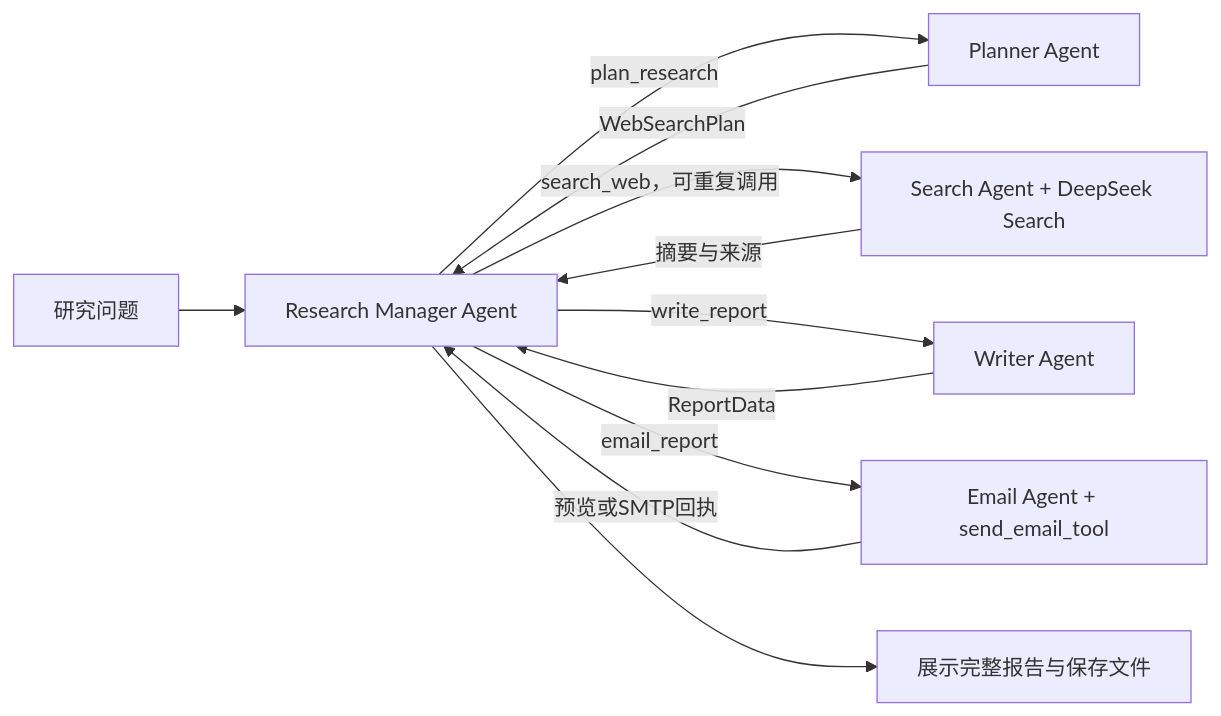
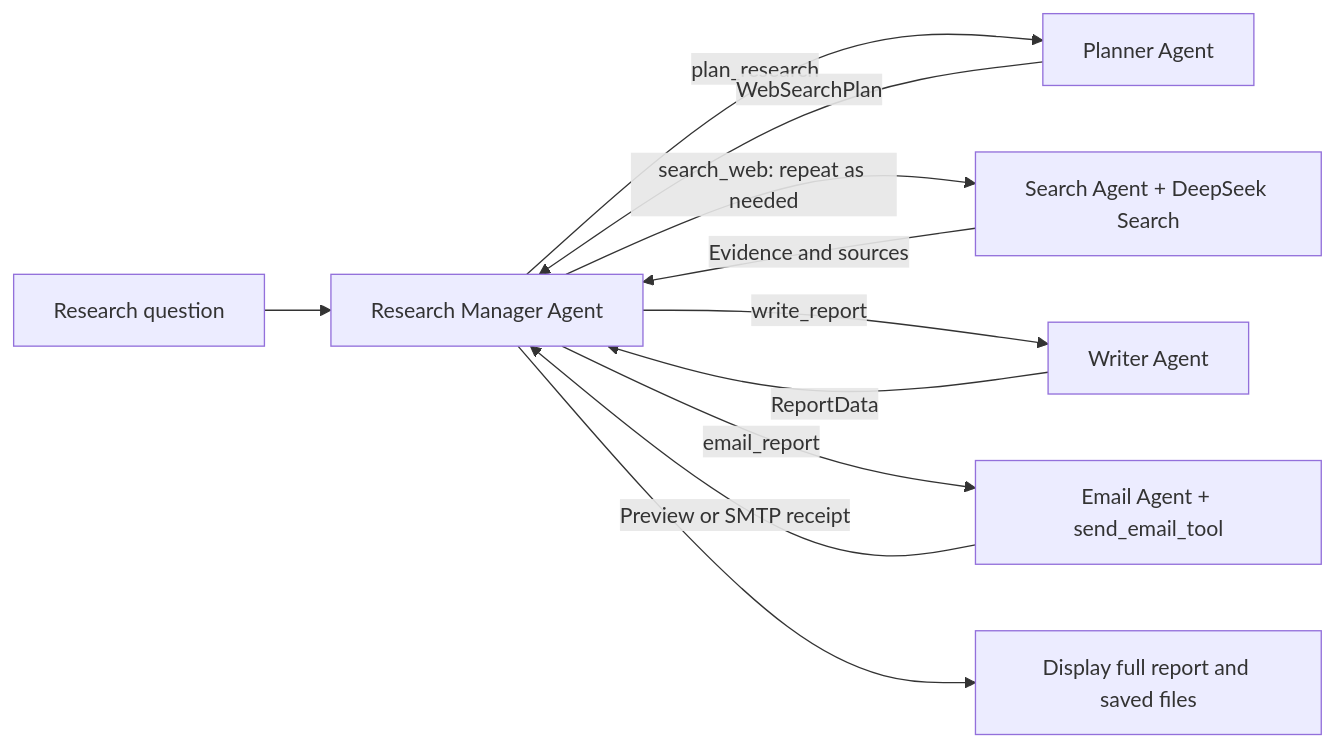
Before and after one commit to GU143312/deep-research-via-tools: the diagram in README.md, drawn with Mermaid. The commit also changed other lines of this file and 1 other file, not shown here.

````diff
--- a/README.md
+++ b/README.md
@@ -112,13 +140,13 @@
 ```mermaid
 flowchart LR
-    U[研究问题] --> M[Research Manager Agent]
+    U[Research question] --> M[Research Manager Agent]
     M -->|plan_research| P[Planner Agent]
     P -->|WebSearchPlan| M
-    M -->|search_web，可重复调用| S[Search Agent + DeepSeek Search]
-    S -->|摘要与来源| M
+    M -->|search_web: repeat as needed| S[Search Agent + DeepSeek Search]
+    S -->|Evidence and sources| M
     M -->|write_report| W[Writer Agent]
     W -->|ReportData| M
     M -->|email_report| E[Email Agent + send_email_tool]
-    E -->|预览或SMTP回执| M
-    M --> R[展示完整报告与保存文件]
+    E -->|Preview or SMTP receipt| M
+    M --> R[Display full report and saved files]
 ```
````
